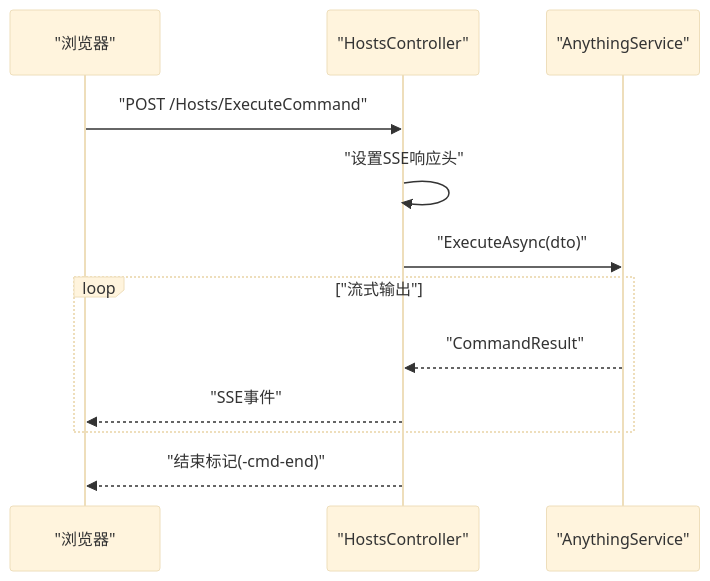
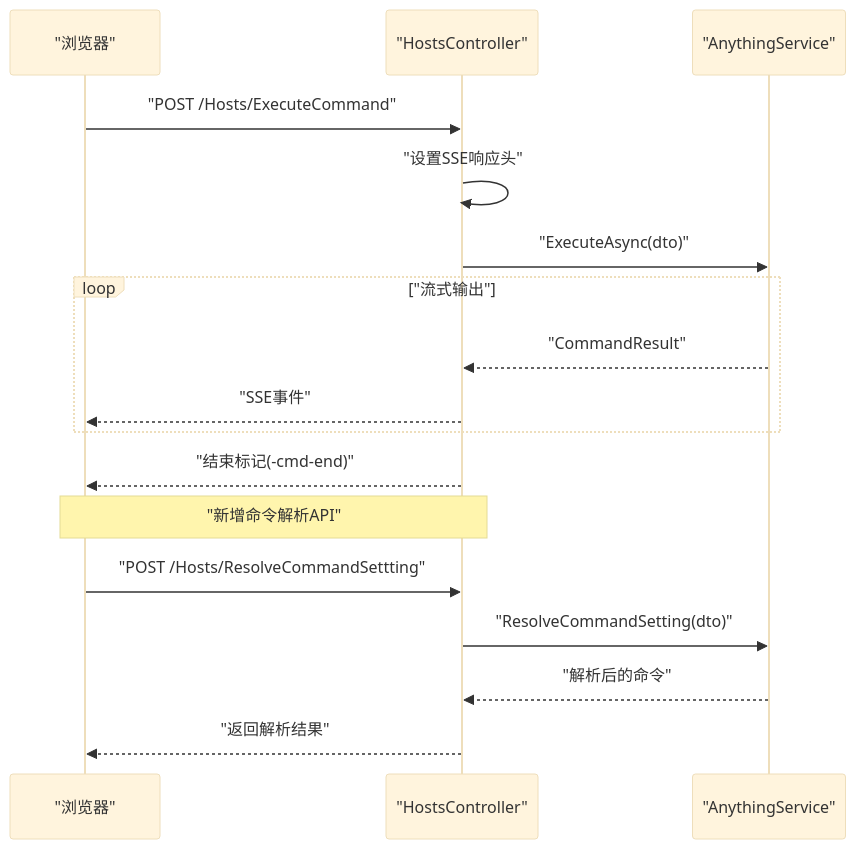
The fifth of 9 diagrams in .qoder/repowiki/zh/content/项目概述/核心特性/远程主机管理/命令执行器系统.md (Sosososolong/AirGo), drawn with Mermaid (base theme) before and after one commit. The commit also changed other lines of this file and 22 other files, not shown here.

````diff
--- a/.qoder/repowiki/zh/content/项目概述/核心特性/远程主机管理/命令执行器系统.md
+++ b/.qoder/repowiki/zh/content/项目概述/核心特性/远程主机管理/命令执行器系统.md
@@ -247,14 +333,19 @@
 ```mermaid
 sequenceDiagram
 participant Browser as "浏览器"
 participant Controller as "HostsController"
 participant Service as "AnythingService"
 Browser->>Controller : "POST /Hosts/ExecuteCommand"
 Controller->>Controller : "设置SSE响应头"
 Controller->>Service : "ExecuteAsync(dto)"
 loop "流式输出"
 Service-->>Controller : "CommandResult"
 Controller-->>Browser : "SSE事件"
 end
 Controller-->>Browser : "结束标记(-cmd-end)"
+Note over Browser,Controller : "新增命令解析API"
+Browser->>Controller : "POST /Hosts/ResolveCommandSettting"
+Controller->>Service : "ResolveCommandSetting(dto)"
+Service-->>Controller : "解析后的命令"
+Controller-->>Browser : "返回解析结果"
 ```
````
